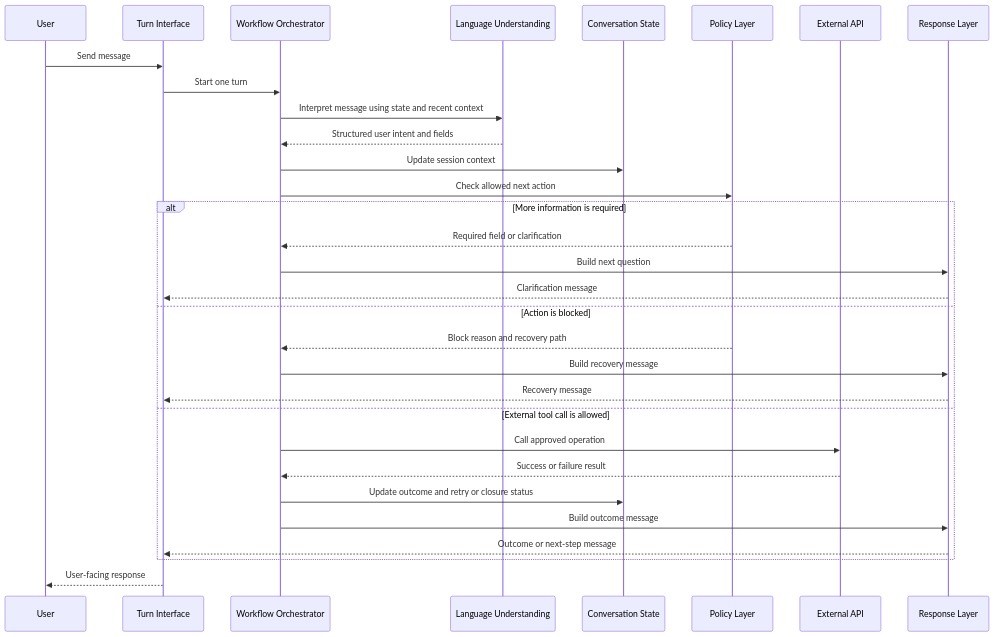
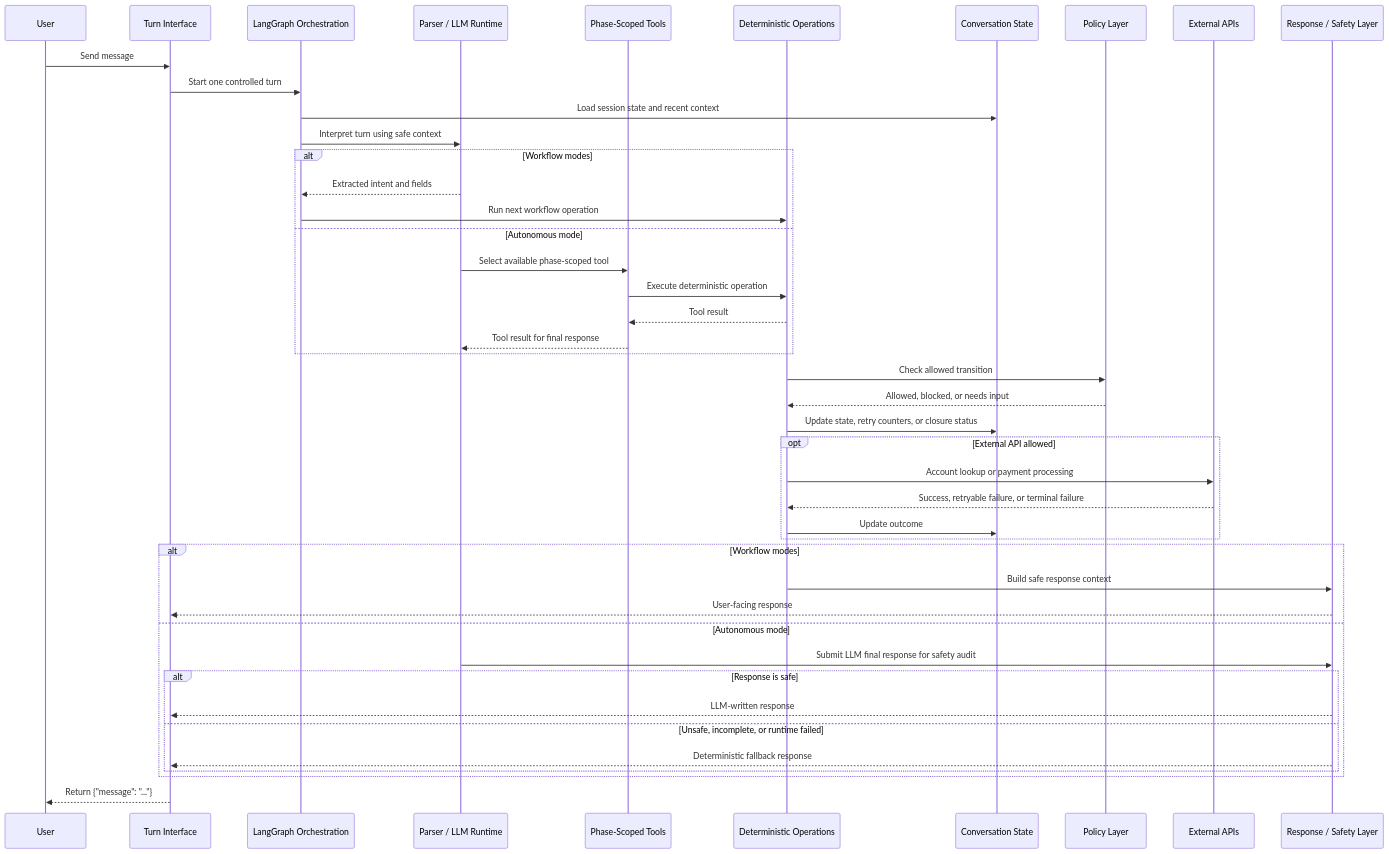
One commit to KayvanShah1/settlesentry-payment-collection-agent changed the third of 3 diagrams in docs/DESIGN.md. Above: the diagram before and after it, drawn with Mermaid. The commit also changed other lines of this file and 5 other files, not shown here.

Commit message:
docs: refresh mode architecture and autonomous documentation

````diff
--- a/docs/DESIGN.md
+++ b/docs/DESIGN.md
@@ -209,38 +265,53 @@
 ```mermaid
 sequenceDiagram
     participant User
     participant Interface as Turn Interface
-    participant Workflow as Workflow Orchestrator
-    participant Parser as Language Understanding
+    participant Orchestrator as LangGraph Orchestration
+    participant Language as Parser / LLM Runtime
+    participant Tools as Phase-Scoped Tools
+    participant Operations as Deterministic Operations
     participant State as Conversation State
     participant Policy as Policy Layer
-    participant API as External API
-    participant Response as Response Layer
+    participant API as External APIs
+    participant Response as Response / Safety Layer
 
     User->>Interface: Send message
-    Interface->>Workflow: Start one turn
+    Interface->>Orchestrator: Start one controlled turn
 
-    Workflow->>Parser: Interpret message using state and recent context
-    Parser-->>Workflow: Structured user intent and fields
+    Orchestrator->>State: Load session state and recent context
+    Orchestrator->>Language: Interpret turn using safe context
 
-    Workflow->>State: Update session context
-    Workflow->>Policy: Check allowed next action
-
-    alt More information is required
-        Policy-->>Workflow: Required field or clarification
-        Workflow->>Response: Build next question
-        Response-->>Interface: Clarification message
-    else Action is blocked
-        Policy-->>Workflow: Block reason and recovery path
-        Workflow->>Response: Build recovery message
-        Response-->>Interface: Recovery message
-    else External tool call is allowed
-        Workflow->>API: Call approved operation
-        API-->>Workflow: Success or failure result
-        Workflow->>State: Update outcome and retry or closure status
-        Workflow->>Response: Build outcome message
-        Response-->>Interface: Outcome or next-step message
+    alt Workflow modes
+        Language-->>Orchestrator: Extracted intent and fields
+        Orchestrator->>Operations: Run next workflow operation
+    else Autonomous mode
+        Language->>Tools: Select available phase-scoped tool
+        Tools->>Operations: Execute deterministic operation
+        Operations-->>Tools: Tool result
+        Tools-->>Language: Tool result for final response
     end
 
-    Interface-->>User: User-facing response
+    Operations->>Policy: Check allowed transition
+    Policy-->>Operations: Allowed, blocked, or needs input
+    Operations->>State: Update state, retry counters, or closure status
+
+    opt External API allowed
+        Operations->>API: Account lookup or payment processing
+        API-->>Operations: Success, retryable failure, or terminal failure
+        Operations->>State: Update outcome
+    end
+
+    alt Workflow modes
+        Operations->>Response: Build safe response context
+        Response-->>Interface: User-facing response
+    else Autonomous mode
+        Language->>Response: Submit LLM final response for safety audit
+        alt Response is safe
+            Response-->>Interface: LLM-written response
+        else Unsafe, incomplete, or runtime failed
+            Response-->>Interface: Deterministic fallback response
+        end
+    end
+
+    Interface-->>User: Return {"message": "..."}
 ```
````
